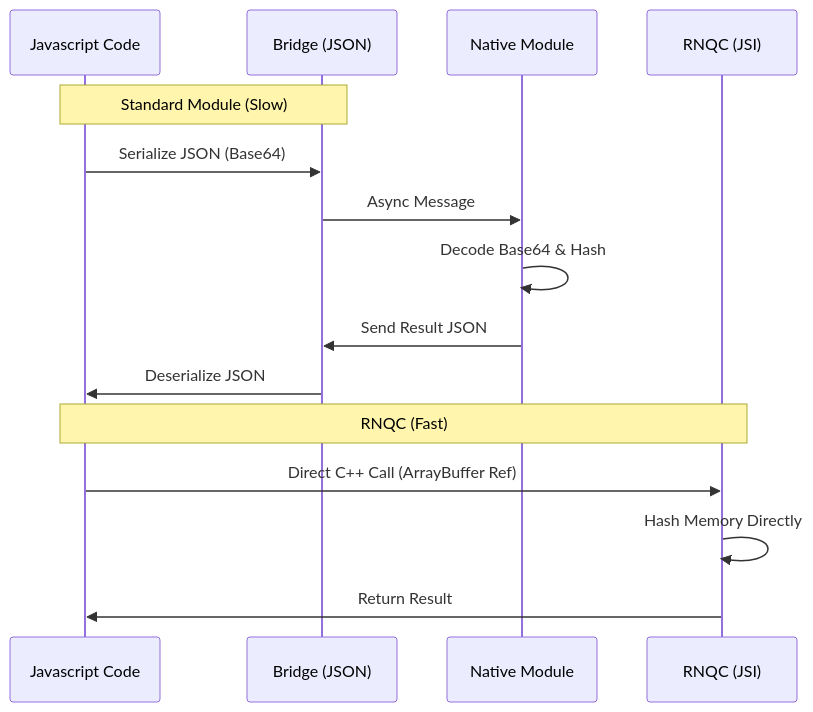
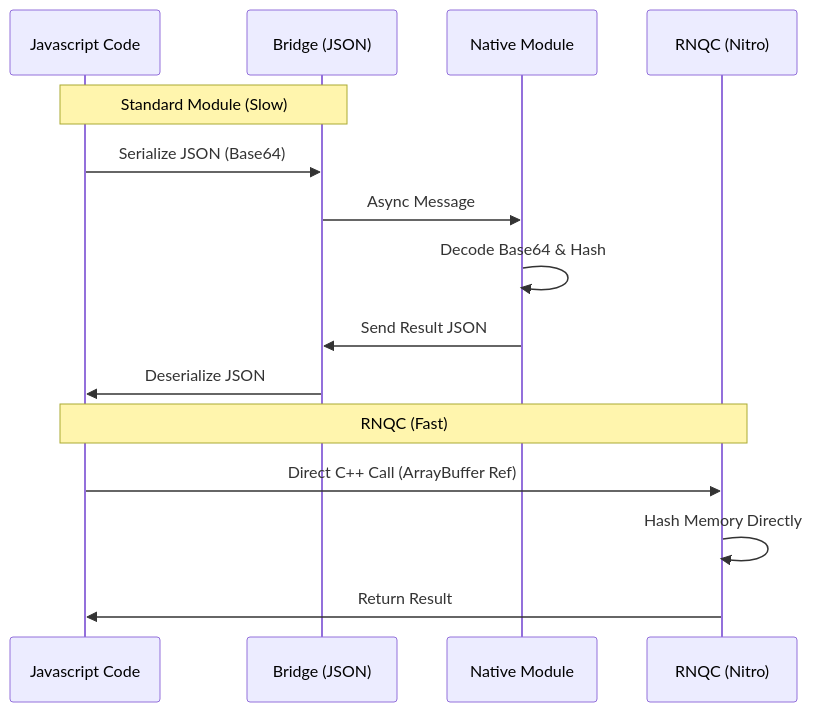
One commit to margelo/react-native-quick-crypto changed the diagram in docs/content/docs/introduction/comparison.mdx. Above: the diagram before and after it, drawn with Mermaid. The commit also changed other lines of this file and 8 other files, not shown here.

````diff
--- a/docs/content/docs/introduction/comparison.mdx
+++ b/docs/content/docs/introduction/comparison.mdx
@@ -27,19 +27,19 @@
 ```mermaid
 sequenceDiagram
     participant JS as Javascript Code
     participant B as Bridge (JSON)
     participant N as Native Module
-    participant JSI as RNQC (JSI)
+    participant Nitro as RNQC (Nitro)
     
     note over JS, B: Standard Module (Slow)
     JS->>B: Serialize JSON (Base64)
     B->>N: Async Message
     N->>N: Decode Base64 & Hash
     N->>B: Send Result JSON
     B->>JS: Deserialize JSON
     
-    note over JS, JSI: RNQC (Fast)
-    JS->>JSI: Direct C++ Call (ArrayBuffer Ref)
-    JSI->>JSI: Hash Memory Directly
-    JSI->>JS: Return Result
+    note over JS, Nitro: RNQC (Fast)
+    JS->>Nitro: Direct C++ Call (ArrayBuffer Ref)
+    Nitro->>Nitro: Hash Memory Directly
+    Nitro->>JS: Return Result
 ```
````
